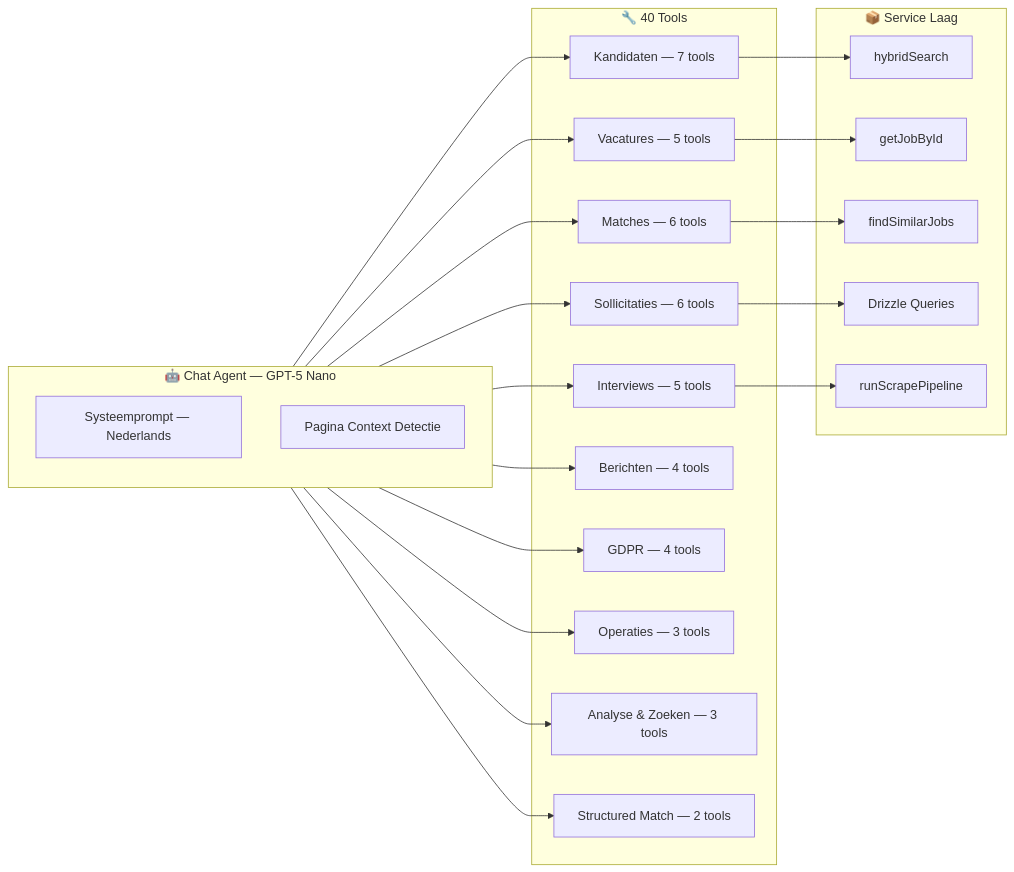
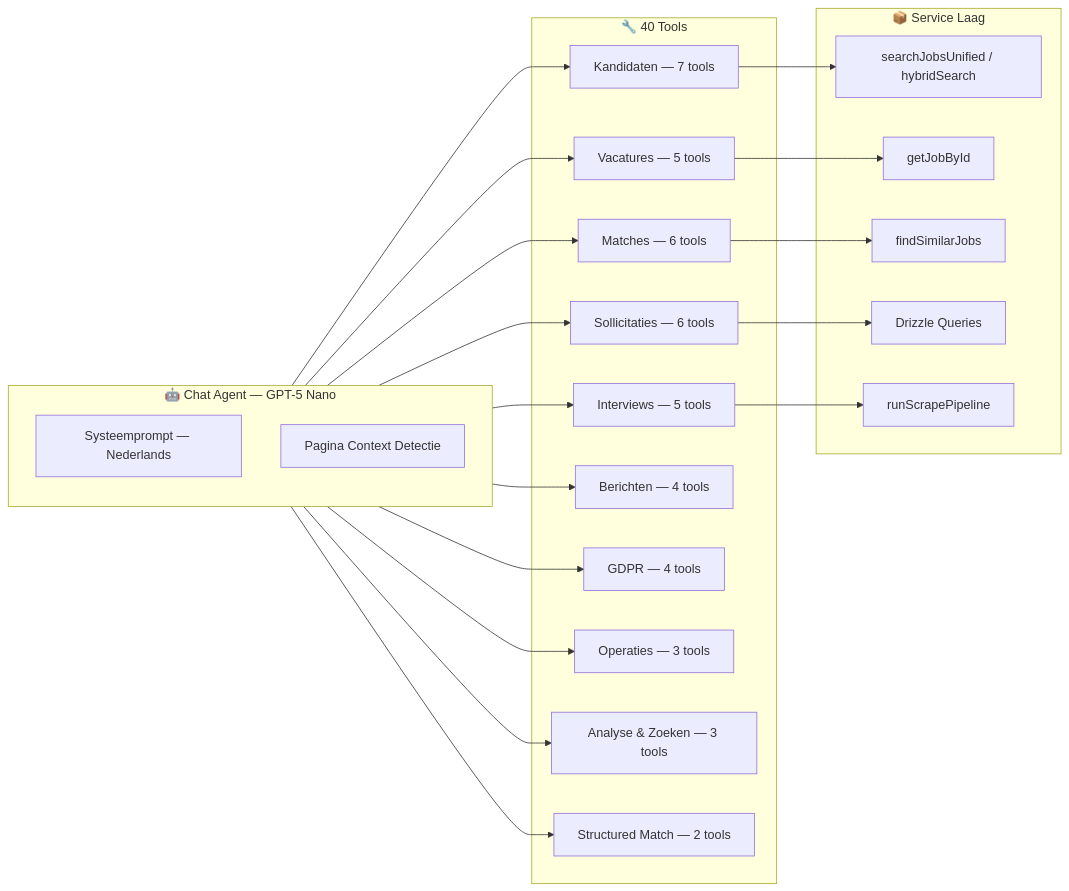
Before and after one commit to RyanLisse/motian: the fourth of 12 diagrams in README.md, drawn with Mermaid. The commit also changed other lines of this file and 113 other files, not shown here.

First line of the commit message:
fix: schema drift, SSL warning, storage/button UX, CV duplicate handling

````diff
--- a/README.md
+++ b/README.md
@@ -203,39 +203,39 @@
 ```mermaid
 graph LR
     subgraph Agent["🤖 Chat Agent — GPT-5 Nano"]
         SYS[Systeemprompt — Nederlands]
         CTX[Pagina Context Detectie]
     end
 
     subgraph Tools["🔧 40 Tools"]
         T1[Kandidaten — 7 tools]
         T2[Vacatures — 5 tools]
         T3[Matches — 6 tools]
         T4[Sollicitaties — 6 tools]
         T5[Interviews — 5 tools]
         T6[Berichten — 4 tools]
         T7[GDPR — 4 tools]
         T8[Operaties — 3 tools]
         T9[Analyse & Zoeken — 3 tools]
         T10[Structured Match — 2 tools]
     end
 
     subgraph Diensten["📦 Service Laag"]
-        S1[hybridSearch]
+        S1[searchJobsUnified / hybridSearch]
         S2[getJobById]
         S3[findSimilarJobs]
         S4[Drizzle Queries]
         S5[runScrapePipeline]
     end
 
     Agent --> T1 --> S1
     Agent --> T2 --> S2
     Agent --> T3 --> S3
     Agent --> T4 --> S4
     Agent --> T5 --> S5
     Agent --> T6
     Agent --> T7
     Agent --> T8
     Agent --> T9
     Agent --> T10
 ```
````
